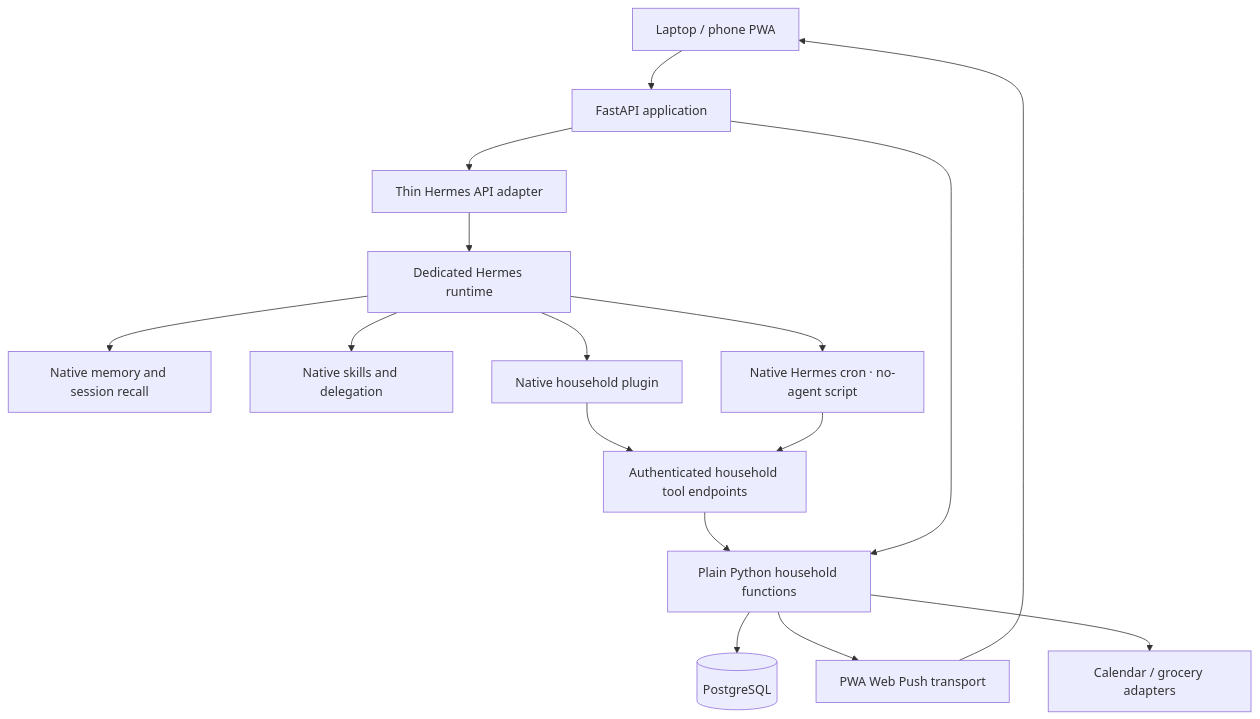
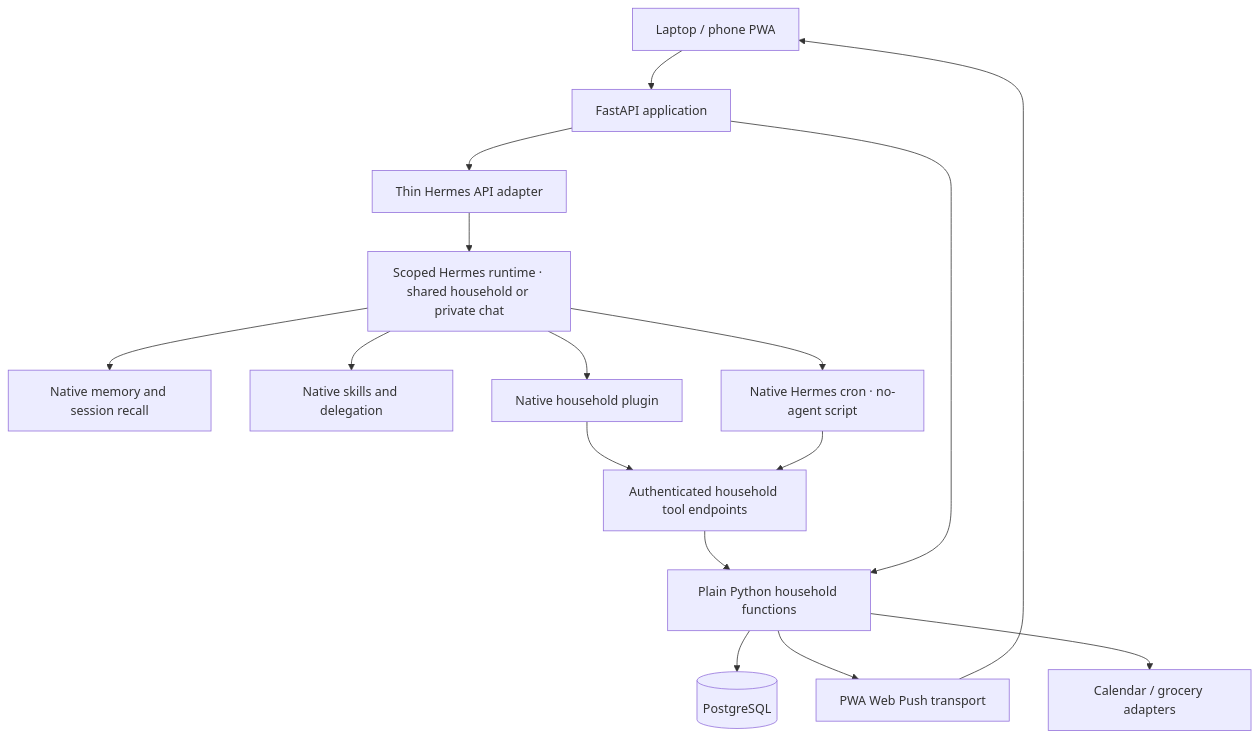
Before and after one commit to lauren-mulholland/mental_loader: the diagram in docs/architecture.md, drawn with Mermaid. The commit also changed other lines of this file and 45 other files, not shown here.

````diff
--- a/docs/architecture.md
+++ b/docs/architecture.md
@@ -7,18 +7,18 @@
 ```mermaid
 flowchart TD
     UI["Laptop / phone PWA"] --> API["FastAPI application"]
     API --> Agent["Thin Hermes API adapter"]
-    Agent --> Hermes["Dedicated Hermes runtime"]
+    Agent --> Hermes["Scoped Hermes runtime · shared household or private chat"]
     Hermes --> Memory["Native memory and session recall"]
     Hermes --> Skills["Native skills and delegation"]
     Hermes --> Plugin["Native household plugin"]
     Plugin --> Tools["Authenticated household tool endpoints"]
     Tools --> Domain["Plain Python household functions"]
     API --> Domain
     Domain --> DB[("PostgreSQL")]
     Hermes --> Cron["Native Hermes cron · no-agent script"]
     Cron --> Tools
     Domain --> Push["PWA Web Push transport"]
     Push --> UI
     Domain --> External["Calendar / grocery adapters"]
 ```
````
